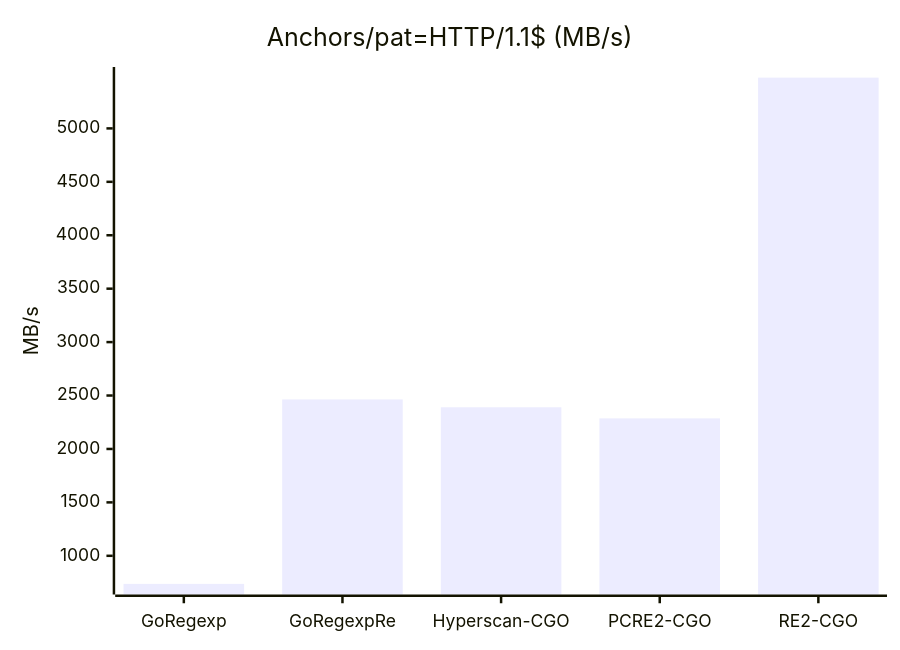
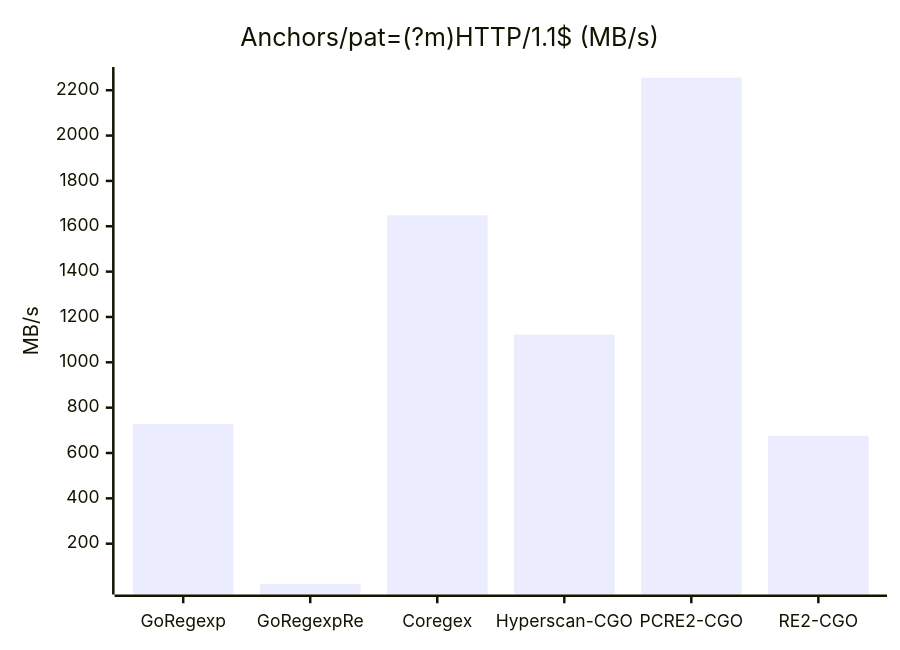
Before and after one commit to kamichidu/go-regexp-re: the first of 47 diagrams in _benchmark_results/cgo_engines.md, drawn with Mermaid. The commit also changed other lines of this file and 3 other files, not shown here.

````diff
--- a/_benchmark_results/cgo_engines.md
+++ b/_benchmark_results/cgo_engines.md
@@ -54,7 +106,7 @@
 ```mermaid
 xychart-beta
-    title "Anchors/pat=HTTP/1.1$ (MB/s)"
-    x-axis ["GoRegexp", "GoRegexpRe", "Hyperscan-CGO", "PCRE2-CGO", "RE2-CGO"]
+    title "Anchors/pat=(?m)HTTP/1.1$ (MB/s)"
+    x-axis ["GoRegexp", "GoRegexpRe", "Coregex", "Hyperscan-CGO", "PCRE2-CGO", "RE2-CGO"]
     y-axis "MB/s"
-    bar [737.33, 2463.63, 2390.14, 2286.25, 5475.06]
+    bar [728.09, 22.79, 1648.28, 1122.06, 2255.62, 676.09]
 ```
````
